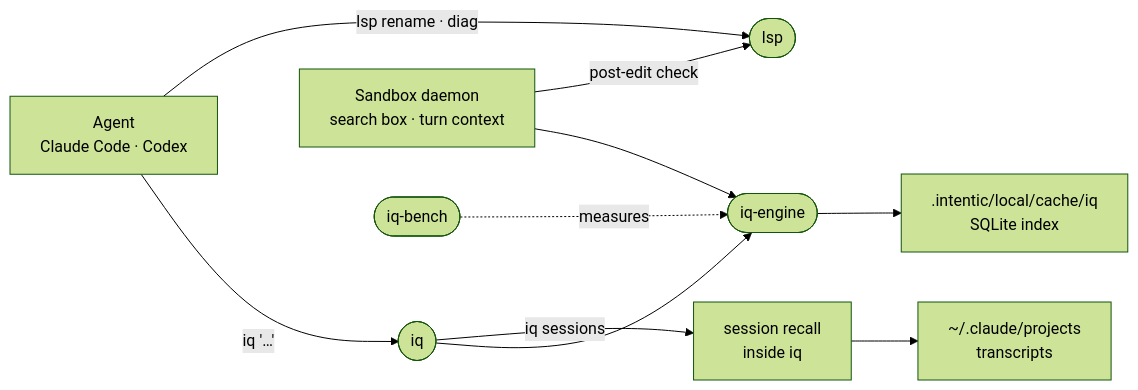
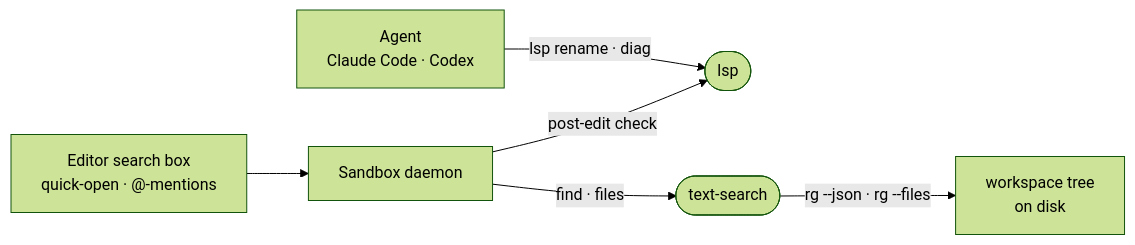
Before and after one commit to intentic/intentic: the diagram in _search/README.md, drawn with Mermaid (forest theme). The commit also changed other lines of this file and 560 other files, not shown here.

First line of the commit message:
refactor(search): remove iq semantic search tool and replace with text search

````diff
--- a/_search/README.md
+++ b/_search/README.md
@@ -5,12 +5,8 @@
 ```mermaid
 flowchart LR
-    agent["Agent<br/>Claude Code · Codex"] -- "iq '…'" --> iq(["iq"])
-    iq --> engine(["iq-engine"])
-    iq -- "iq sessions" --> recall["session recall<br/>inside iq"]
-    daemon["Sandbox daemon<br/>search box · turn context"] --> engine
-    engine --> index[".intentic/local/cache/iq<br/>SQLite index"]
-    recall --> transcripts["~/.claude/projects<br/>transcripts"]
-    agent -- "lsp rename · diag" --> lsp(["lsp"])
-    daemon -- "post-edit check" --> lsp
-    bench(["iq-bench"]) -. "measures" .-> engine
+    agent["Agent<br/>Claude Code · Codex"] -- "lsp rename · diag" --> lsp(["lsp"])
+    daemon["Sandbox daemon"] -- "post-edit check" --> lsp
+    box["Editor search box<br/>quick-open · @-mentions"] --> daemon
+    daemon -- "find · files" --> text(["text-search"])
+    text -- "rg --json · rg --files" --> tree["workspace tree<br/>on disk"]
 ```
````
